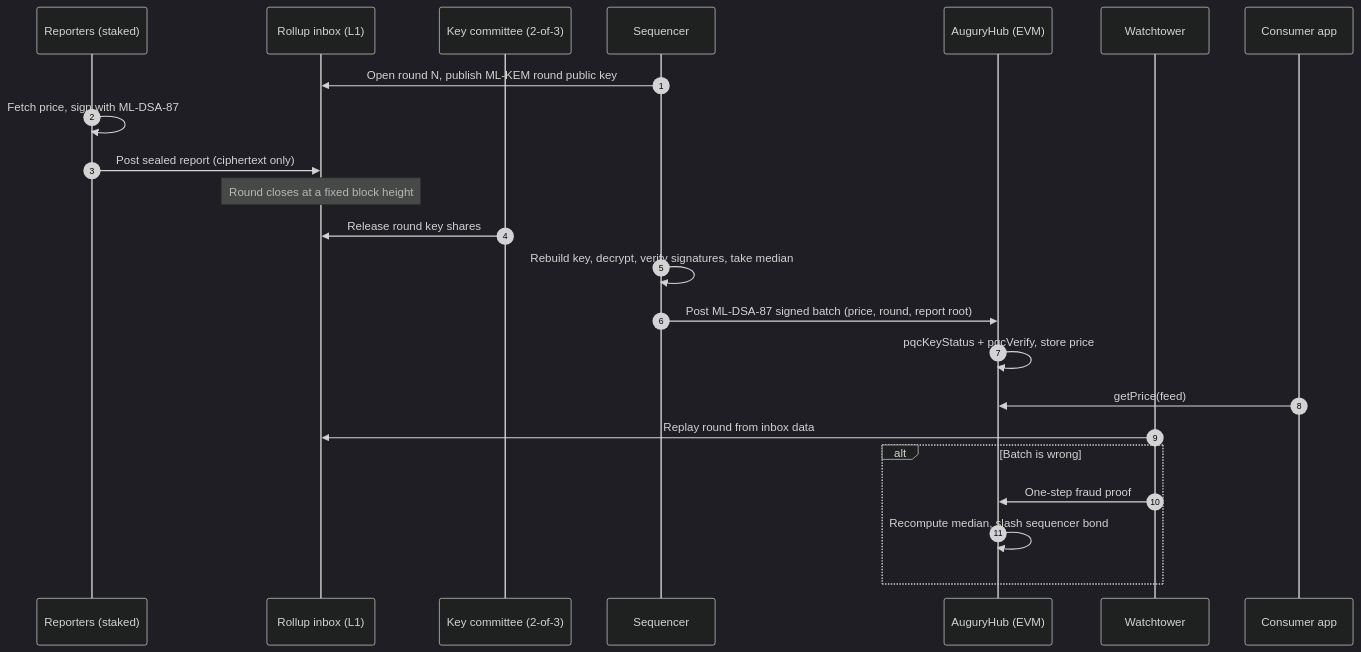
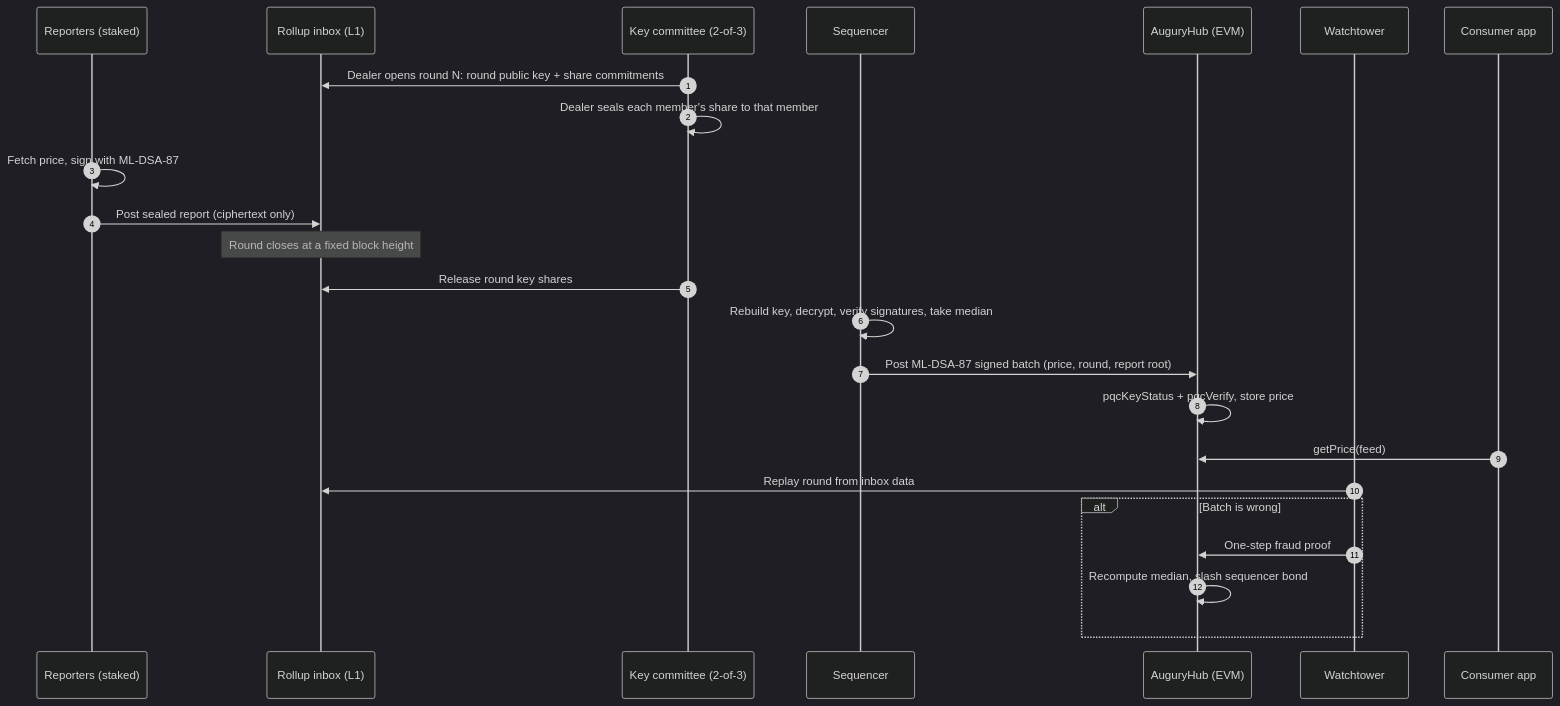
The first of 2 diagrams in README.md (rocketpowerkille/Augury), drawn with Mermaid (dark theme) before and after one commit. The commit also changed other lines of this file, not shown here.

Commit message:
docs: update README with the real layout, setup commands and roadmap

````diff
--- a/README.md
+++ b/README.md
@@ -55,26 +55,27 @@
 ```mermaid
 sequenceDiagram
     autonumber
     participant R as Reporters (staked)
     participant I as Rollup inbox (L1)
     participant C as Key committee (2-of-3)
     participant S as Sequencer
     participant H as AuguryHub (EVM)
     participant W as Watchtower
     participant A as Consumer app
 
-    S->>I: Open round N, publish ML-KEM round public key
+    C->>I: Dealer opens round N: round public key + share commitments
+    C->>C: Dealer seals each member's share to that member
     R->>R: Fetch price, sign with ML-DSA-87
     R->>I: Post sealed report (ciphertext only)
     Note over I: Round closes at a fixed block height
     C->>I: Release round key shares
     S->>S: Rebuild key, decrypt, verify signatures, take median
     S->>H: Post ML-DSA-87 signed batch (price, round, report root)
     H->>H: pqcKeyStatus + pqcVerify, store price
     A->>H: getPrice(feed)
     W->>I: Replay round from inbox data
     alt Batch is wrong
         W->>H: One-step fraud proof
         H->>H: Recompute median, slash sequencer bond
     end
 ```
````
